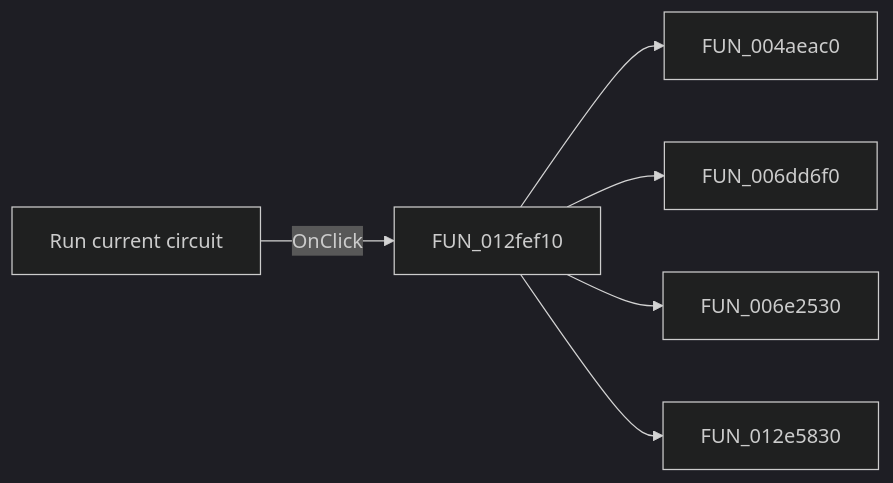
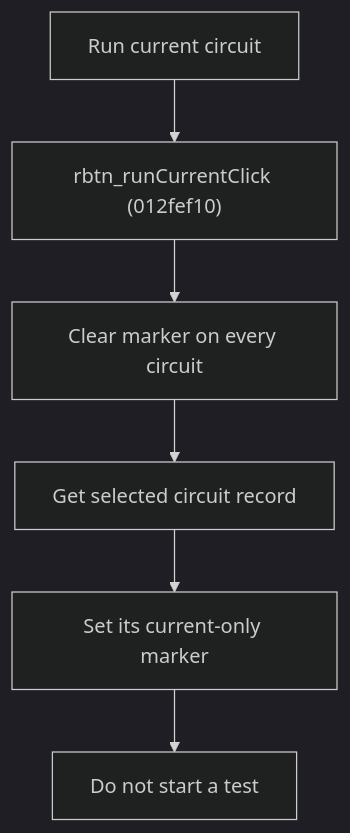
Before and after one commit to MovGP0/TIARA: the diagram in docs/ui-controls/frmmodeltestbencheditor/rbtn-runcurrent-56206ea8f9.md, drawn with Mermaid (dark theme). The commit also changed other lines of this file and 387 other files, not shown here.

````diff
--- a/docs/ui-controls/frmmodeltestbencheditor/rbtn-runcurrent-56206ea8f9.md
+++ b/docs/ui-controls/frmmodeltestbencheditor/rbtn-runcurrent-56206ea8f9.md
@@ -27,8 +29,8 @@
 ```mermaid
-flowchart LR
-    control["Run current circuit"] -->|OnClick| handler["FUN_012fef10"]
-    handler --> call1["FUN_004aeac0"]
-    handler --> call2["FUN_006dd6f0"]
-    handler --> call3["FUN_006e2530"]
-    handler --> call4["FUN_012e5830"]
+flowchart TD
+    control["Run current circuit"] --> handler["rbtn_runCurrentClick (012fef10)"]
+    handler --> clear["Clear marker on every circuit"]
+    clear --> selected["Get selected circuit record"]
+    selected --> mark["Set its current-only marker"]
+    mark --> done["Do not start a test"]
 ```
````
